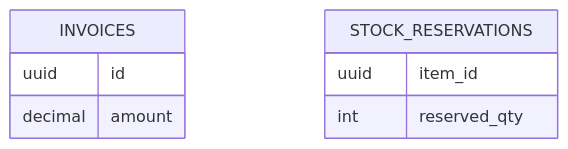
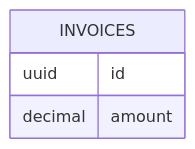
One commit to lutfi-zain/lz-stacks changed the fourth of 4 diagrams in skills/lz-tech-doc-architect/assets/doc-template-endpoint.md. Above: the diagram before and after it, drawn with Mermaid. The commit also changed other lines of this file and 1 other file, not shown here.

Commit message:
Update doc-template-endpoint.md and SKILL.md to STRICTLY enforce per-service flowchart diagrams and capture if/else logic

````diff
--- a/skills/lz-tech-doc-architect/assets/doc-template-endpoint.md
+++ b/skills/lz-tech-doc-architect/assets/doc-template-endpoint.md
@@ -92,14 +112,8 @@
 ```mermaid
 erDiagram
     %% Primary DB
     INVOICES {
         uuid id
         decimal amount
     }
-    
-    %% Downstream DB
-    STOCK_RESERVATIONS {
-        uuid item_id
-        int reserved_qty
-    }
 ```
````
